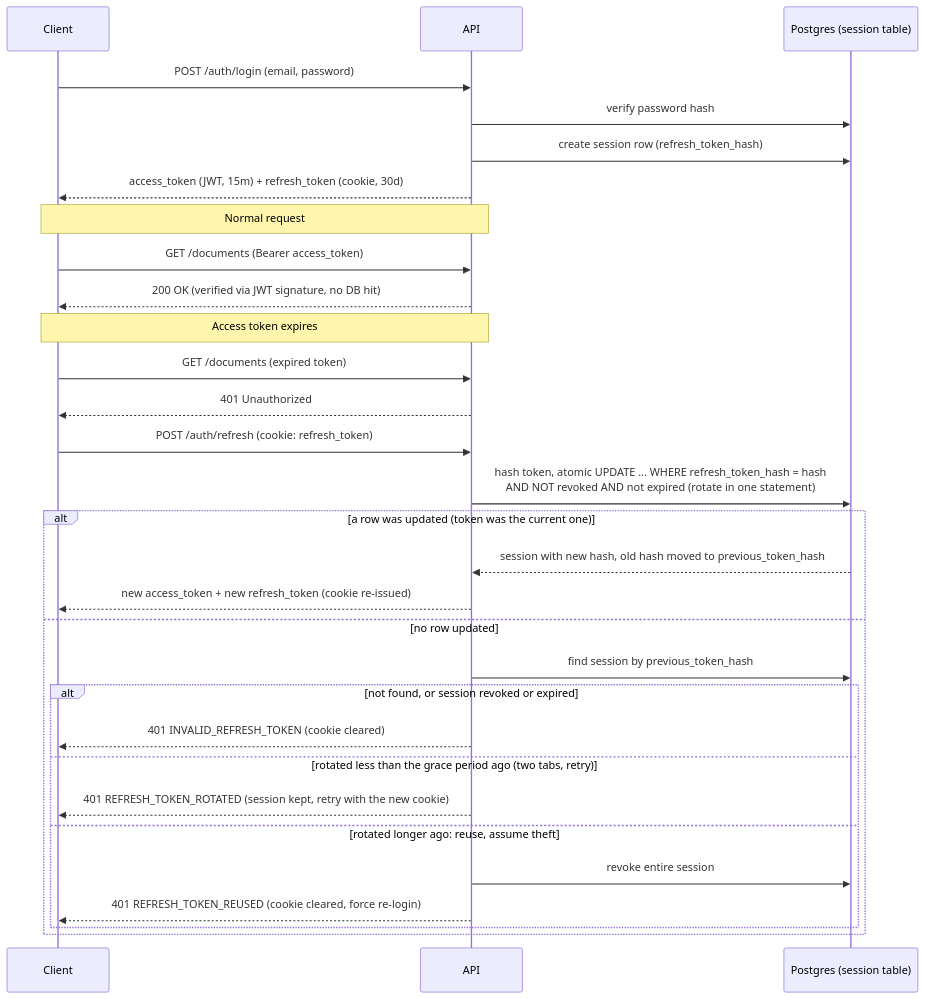
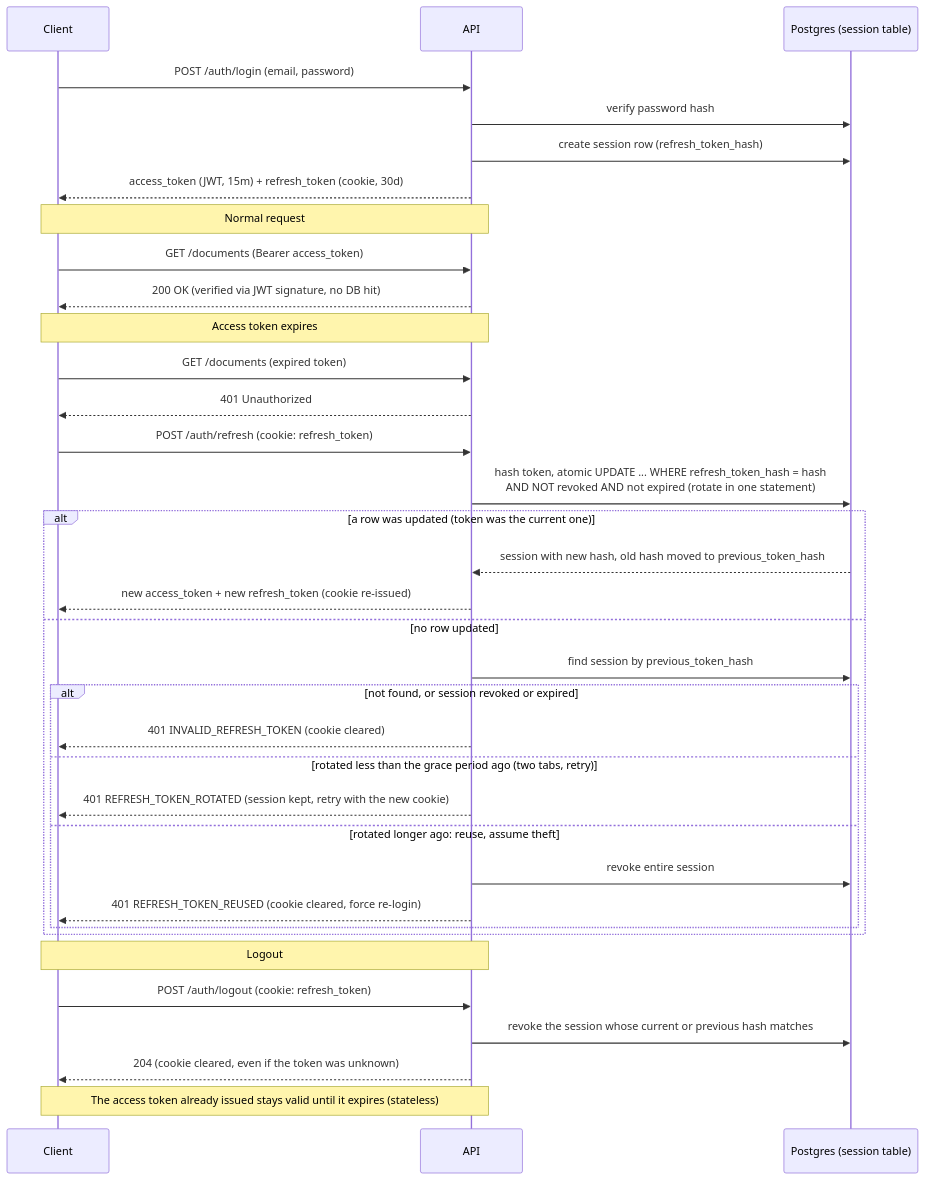
Before and after one commit to kkbaidu/AI-Powered-Knowledge-OS: the fourth of 8 diagrams in docs/architecture/Atlas — Architecture Diagrams (MVP Scope).md, drawn with Mermaid. The commit also changed 5 other files, not shown here.

First line of the commit message:
feat(auth): add POST /auth/logout

````diff
--- a/docs/architecture/Atlas — Architecture Diagrams (MVP Scope).md
+++ b/docs/architecture/Atlas — Architecture Diagrams (MVP Scope).md
@@ -208,36 +208,42 @@
 ```mermaid
 sequenceDiagram
     participant C as Client
     participant A as API
     participant DB as Postgres (session table)
 
     C->>A: POST /auth/login (email, password)
     A->>DB: verify password hash
     A->>DB: create session row (refresh_token_hash)
     A-->>C: access_token (JWT, 15m) + refresh_token (cookie, 30d)
 
     Note over C,A: Normal request
     C->>A: GET /documents (Bearer access_token)
     A-->>C: 200 OK (verified via JWT signature, no DB hit)
 
     Note over C,A: Access token expires
     C->>A: GET /documents (expired token)
     A-->>C: 401 Unauthorized
 
     C->>A: POST /auth/refresh (cookie: refresh_token)
     A->>DB: hash token, atomic UPDATE ... WHERE refresh_token_hash = hash<br/>AND NOT revoked AND not expired (rotate in one statement)
     alt a row was updated (token was the current one)
         DB-->>A: session with new hash, old hash moved to previous_token_hash
         A-->>C: new access_token + new refresh_token (cookie re-issued)
     else no row updated
         A->>DB: find session by previous_token_hash
         alt not found, or session revoked or expired
             A-->>C: 401 INVALID_REFRESH_TOKEN (cookie cleared)
         else rotated less than the grace period ago (two tabs, retry)
             A-->>C: 401 REFRESH_TOKEN_ROTATED (session kept, retry with the new cookie)
         else rotated longer ago: reuse, assume theft
             A->>DB: revoke entire session
             A-->>C: 401 REFRESH_TOKEN_REUSED (cookie cleared, force re-login)
         end
     end
+
+    Note over C,A: Logout
+    C->>A: POST /auth/logout (cookie: refresh_token)
+    A->>DB: revoke the session whose current or previous hash matches
+    A-->>C: 204 (cookie cleared, even if the token was unknown)
+    Note over C,A: The access token already issued stays valid until it expires (stateless)
 ```
````
